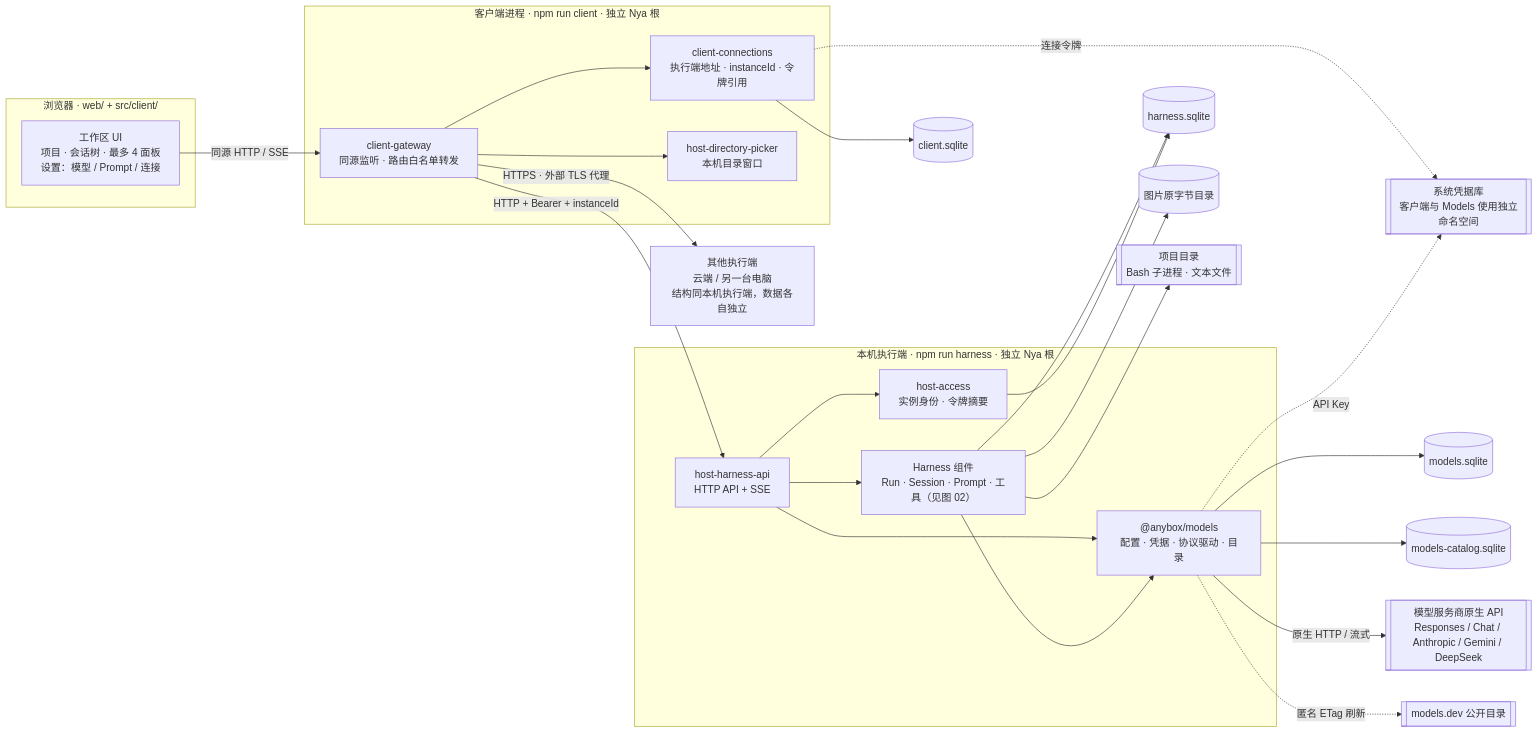
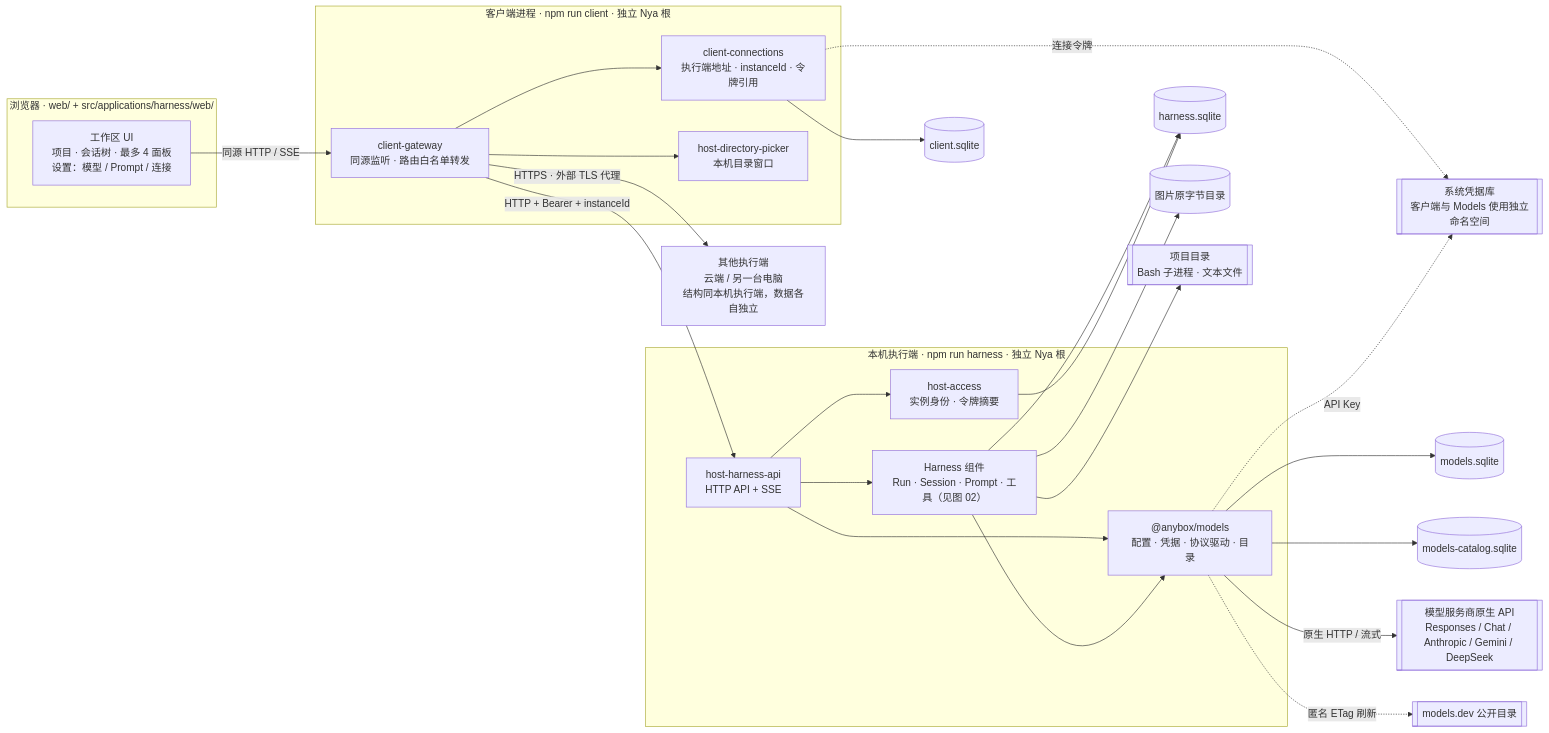
One commit to fanfan-de/AnyboxV2 changed the first of 3 diagrams in docs/architecture/anybox-architecture-2026-09-29-multi-instance.md. Above: the diagram before and after it, drawn with Mermaid. The commit also changed other lines of this file and 317 other files, not shown here.

Commit message:
refactor(harness): consolidate native protocol execution architecture

````diff
--- a/docs/architecture/anybox-architecture-2026-09-29-multi-instance.md
+++ b/docs/architecture/anybox-architecture-2026-09-29-multi-instance.md
@@ -13,52 +16,52 @@
 ```mermaid
 flowchart LR
-  subgraph Browser["浏览器 · web/ + src/client/"]
+  subgraph Browser["浏览器 · web/ + src/applications/harness/web/"]
     UI["工作区 UI<br/>项目 · 会话树 · 最多 4 面板<br/>设置：模型 / Prompt / 连接"]
   end
 
   subgraph ClientProc["客户端进程 · npm run client · 独立 Nya 根"]
     GW["client-gateway<br/>同源监听 · 路由白名单转发"]
     CONN["client-connections<br/>执行端地址 · instanceId · 令牌引用"]
     PICK["host-directory-picker<br/>本机目录窗口"]
   end
 
   subgraph LocalProc["本机执行端 · npm run harness · 独立 Nya 根"]
     API["host-harness-api<br/>HTTP API + SSE"]
     ACC["host-access<br/>实例身份 · 令牌摘要"]
     CORE["Harness 组件<br/>Run · Session · Prompt · 工具（见图 02）"]
     MODELS["@anybox/models<br/>配置 · 凭据 · 协议驱动 · 目录"]
   end
 
   REMOTE["其他执行端<br/>云端 / 另一台电脑<br/>结构同本机执行端，数据各自独立"]
 
   CDB[("client.sqlite")]
   HDB[("harness.sqlite")]
   IMGDIR[("图片原字节目录")]
   MDB[("models.sqlite")]
   CATDB[("models-catalog.sqlite")]
   KC[["系统凭据库<br/>客户端与 Models 使用独立命名空间"]]
   FS[["项目目录<br/>Bash 子进程 · 文本文件"]]
   LLM[["模型服务商原生 API<br/>Responses / Chat / Anthropic / Gemini / DeepSeek"]]
   MDEV[["models.dev 公开目录"]]
 
   UI -->|同源 HTTP / SSE| GW
   GW --> CONN
   GW --> PICK
   CONN --> CDB
   CONN -.->|连接令牌| KC
   GW -->|"HTTP + Bearer + instanceId"| API
   GW -->|"HTTPS · 外部 TLS 代理"| REMOTE
   API --> ACC
   API --> CORE
   API --> MODELS
   CORE --> MODELS
   CORE --> HDB
   CORE --> IMGDIR
   CORE --> FS
   ACC --> HDB
   MODELS --> MDB
   MODELS --> CATDB
   MODELS -.->|API Key| KC
   MODELS -->|原生 HTTP / 流式| LLM
   MODELS -.->|匿名 ETag 刷新| MDEV
 ```
````
